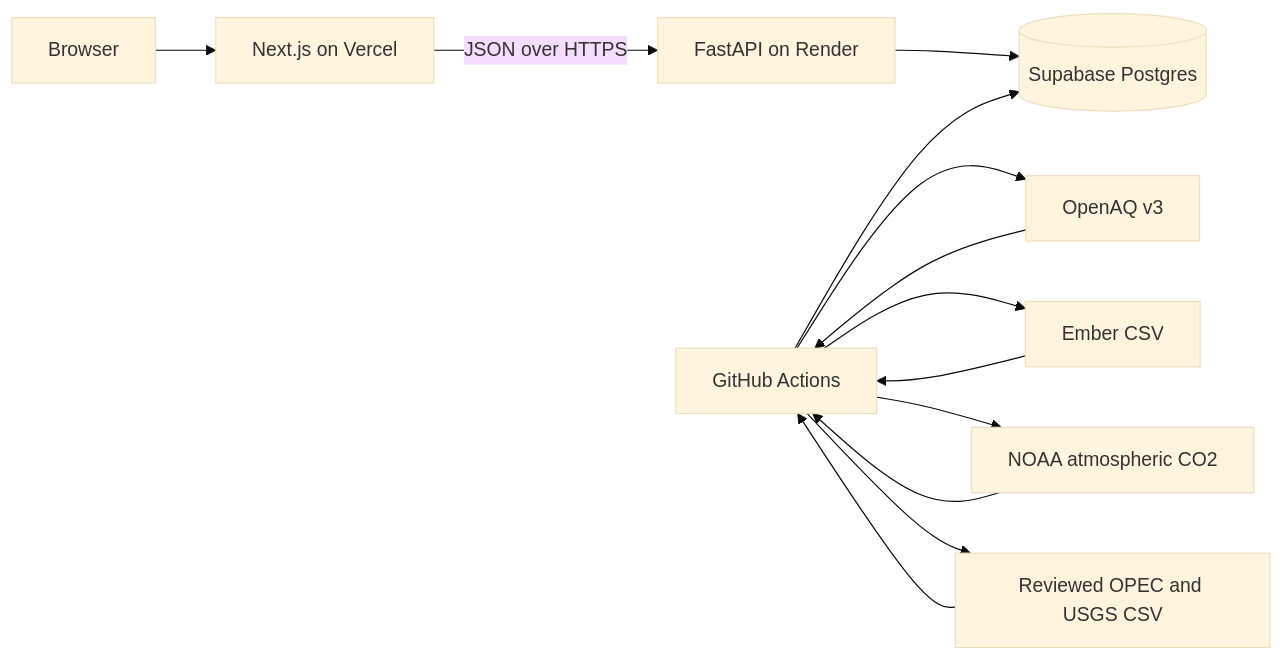
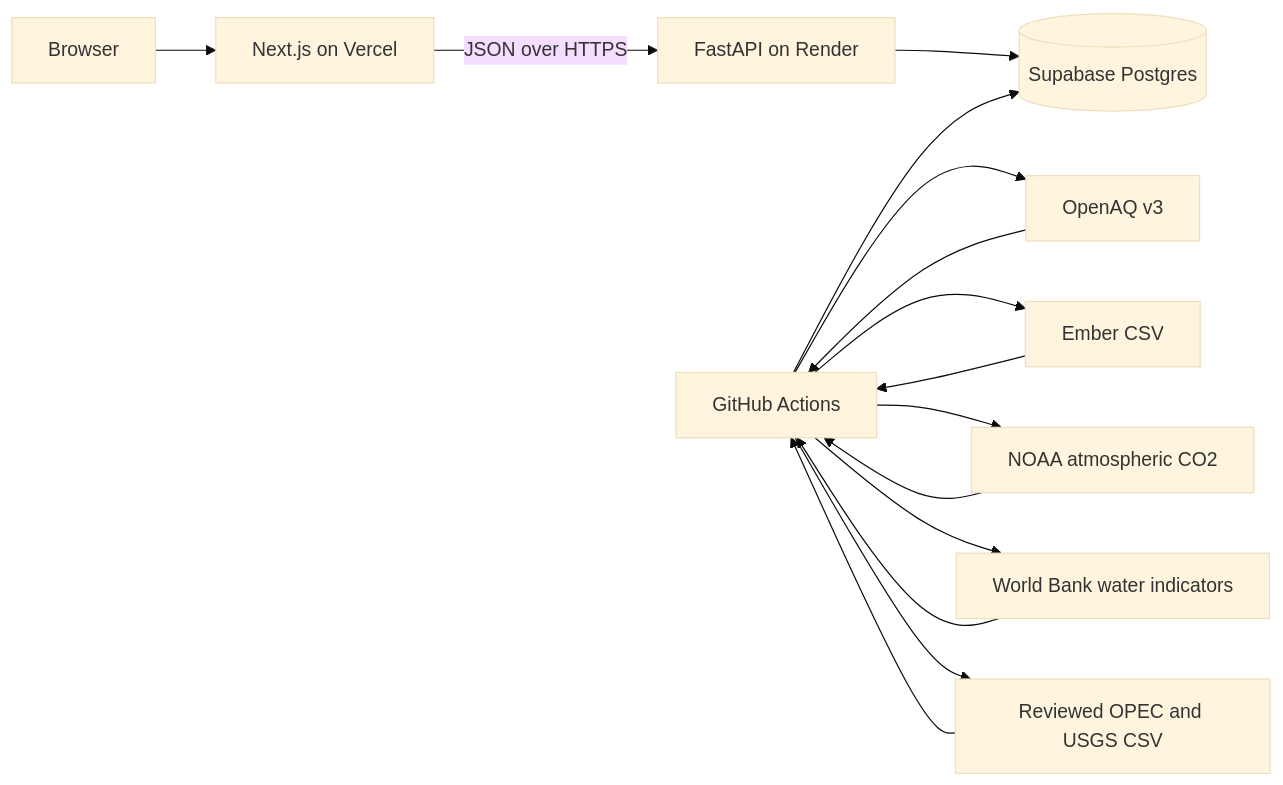
The diagram in README.md (KothariMayaank/Earth-Vitals), drawn with Mermaid (base theme) before and after one commit. The commit also changed other lines of this file and 19 other files, not shown here.

````diff
--- a/README.md
+++ b/README.md
@@ -18,15 +18,17 @@
 ```mermaid
 flowchart LR
     U[Browser] --> F[Next.js on Vercel]
     F -->|JSON over HTTPS| A[FastAPI on Render]
     A --> D[(Supabase Postgres)]
     G[GitHub Actions] --> O[OpenAQ v3]
     G --> E[Ember CSV]
     G --> N[NOAA atmospheric CO2]
+    G --> W[World Bank water indicators]
     G --> M[Reviewed OPEC and USGS CSV]
     O --> G
     E --> G
     N --> G
+    W --> G
     M --> G
     G --> D
 ```
````
